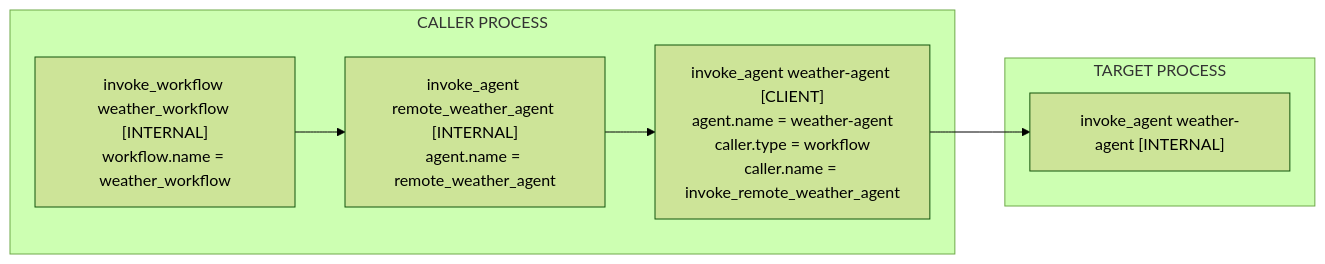
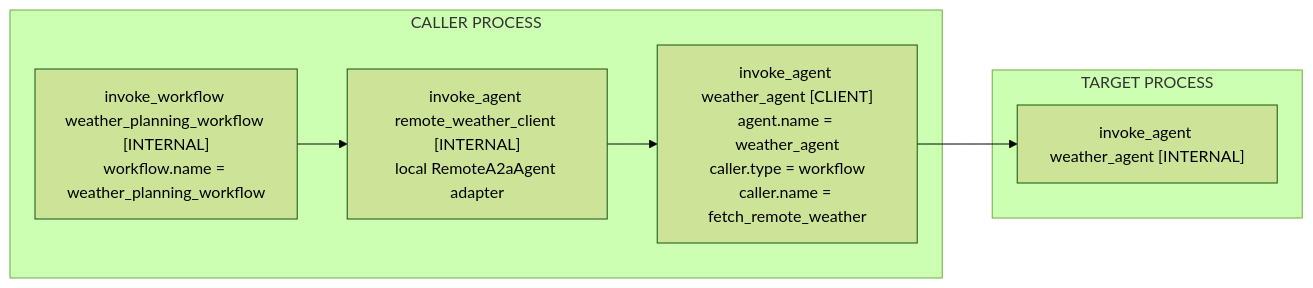
The second of 2 diagrams in docs/gen-ai/non-normative/examples-agent-interactions.md (nikhilNava/semantic-conventions-genai), drawn with Mermaid (forest theme) before and after one commit. The commit also changed other lines of this file, not shown here.

Commit message:
Clarify remote agent interaction example

````diff
--- a/docs/gen-ai/non-normative/examples-agent-interactions.md
+++ b/docs/gen-ai/non-normative/examples-agent-interactions.md
@@ -90,14 +93,14 @@
 ```mermaid
 flowchart LR
   subgraph C["CALLER PROCESS"]
-    C1["invoke_workflow weather_workflow [INTERNAL]<br/>workflow.name = weather_workflow"]
-    C2["invoke_agent remote_weather_agent [INTERNAL]<br/>agent.name = remote_weather_agent"]
-    C3["invoke_agent weather-agent [CLIENT]<br/>agent.name = weather-agent<br/>caller.type = workflow<br/>caller.name = invoke_remote_weather_agent"]
+    C1["invoke_workflow weather_planning_workflow [INTERNAL]<br/>workflow.name = weather_planning_workflow"]
+    C2["invoke_agent remote_weather_client [INTERNAL]<br/>local RemoteA2aAgent adapter"]
+    C3["invoke_agent weather_agent [CLIENT]<br/>agent.name = weather_agent<br/>caller.type = workflow<br/>caller.name = fetch_remote_weather"]
     C1 --> C2
     C2 --> C3
   end
   subgraph T["TARGET PROCESS"]
-    T1["invoke_agent weather-agent [INTERNAL]"]
+    T1["invoke_agent weather_agent [INTERNAL]"]
   end
   C3 --> T1
 ```
````
